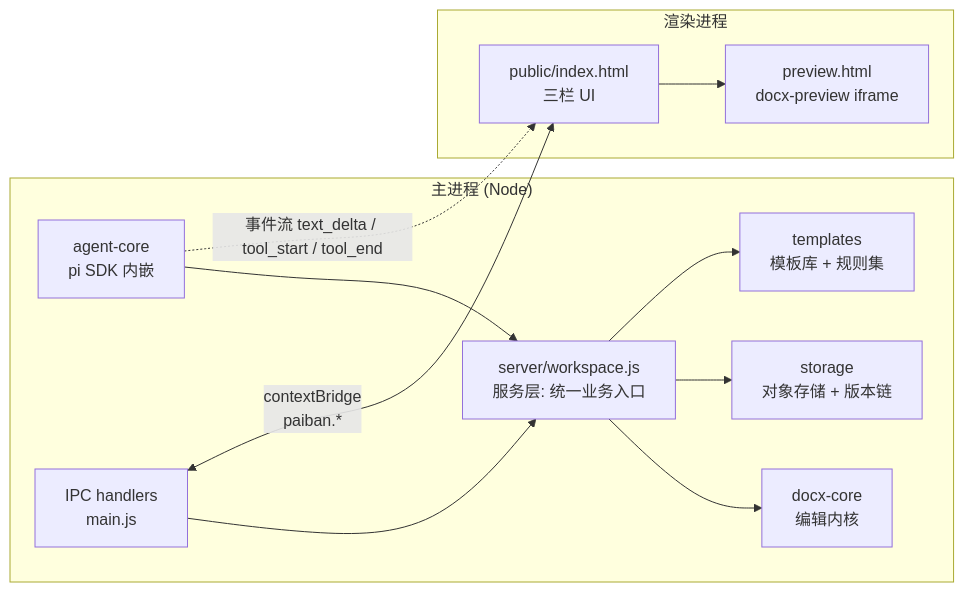
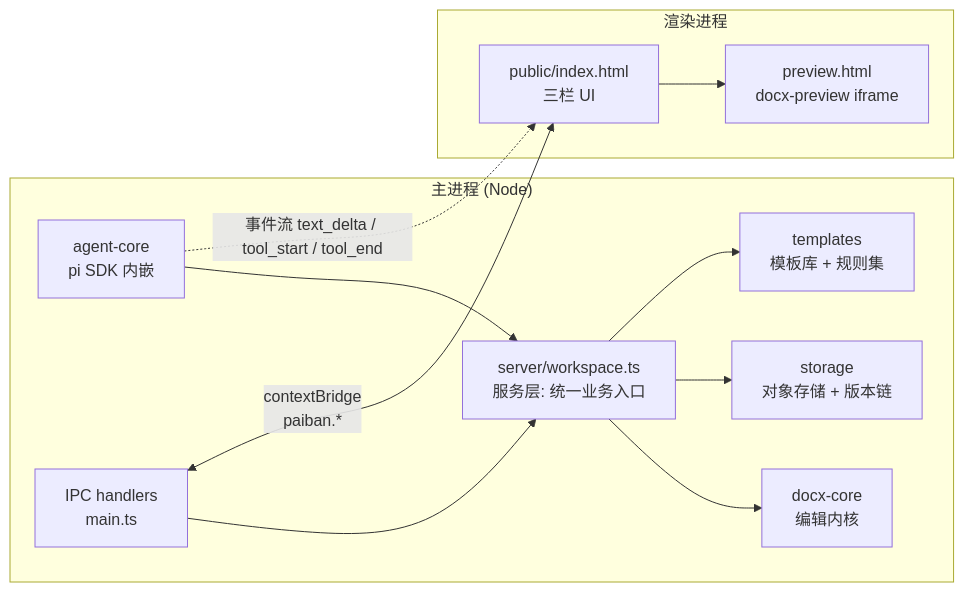
One commit to UnknownObject777/paiban-studio changed the diagram in README.md. Above: the diagram before and after it, drawn with Mermaid. The commit also changed other lines of this file and 37 other files, not shown here.

````diff
--- a/README.md
+++ b/README.md
@@ -141,15 +145,15 @@
 ```mermaid
 flowchart LR
   subgraph Main["主进程 (Node)"]
-    A[server/workspace.js<br/>服务层: 统一业务入口] --> B[docx-core<br/>编辑内核]
+    A[server/workspace.ts<br/>服务层: 统一业务入口] --> B[docx-core<br/>编辑内核]
     A --> C[storage<br/>对象存储 + 版本链]
     A --> D[templates<br/>模板库 + 规则集]
     E[agent-core<br/>pi SDK 内嵌] --> A
-    F[IPC handlers<br/>main.js] --> A
+    F[IPC handlers<br/>main.ts] --> A
   end
   subgraph Renderer["渲染进程"]
     G[public/index.html<br/>三栏 UI] --> H[preview.html<br/>docx-preview iframe]
   end
   F <-->|contextBridge<br/>paiban.*| G
   E -. 事件流 text_delta / tool_start / tool_end .-> G
 ```
````
